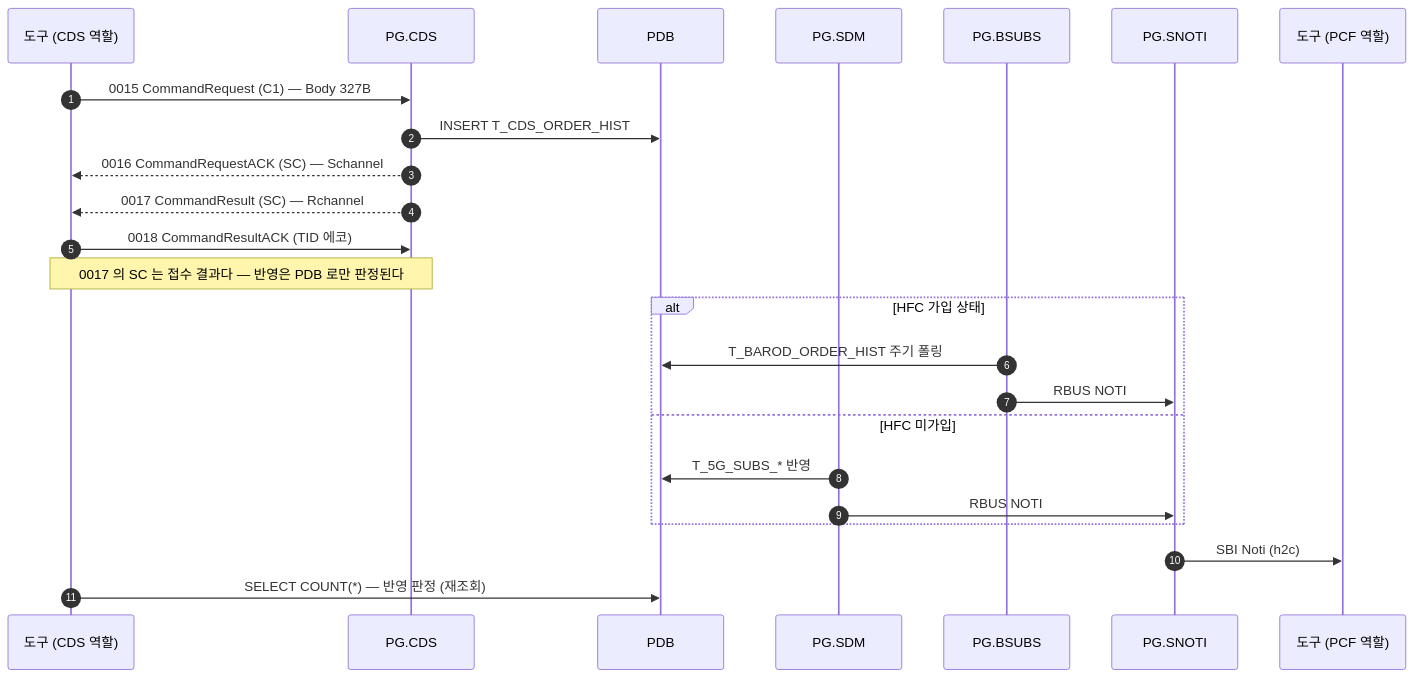
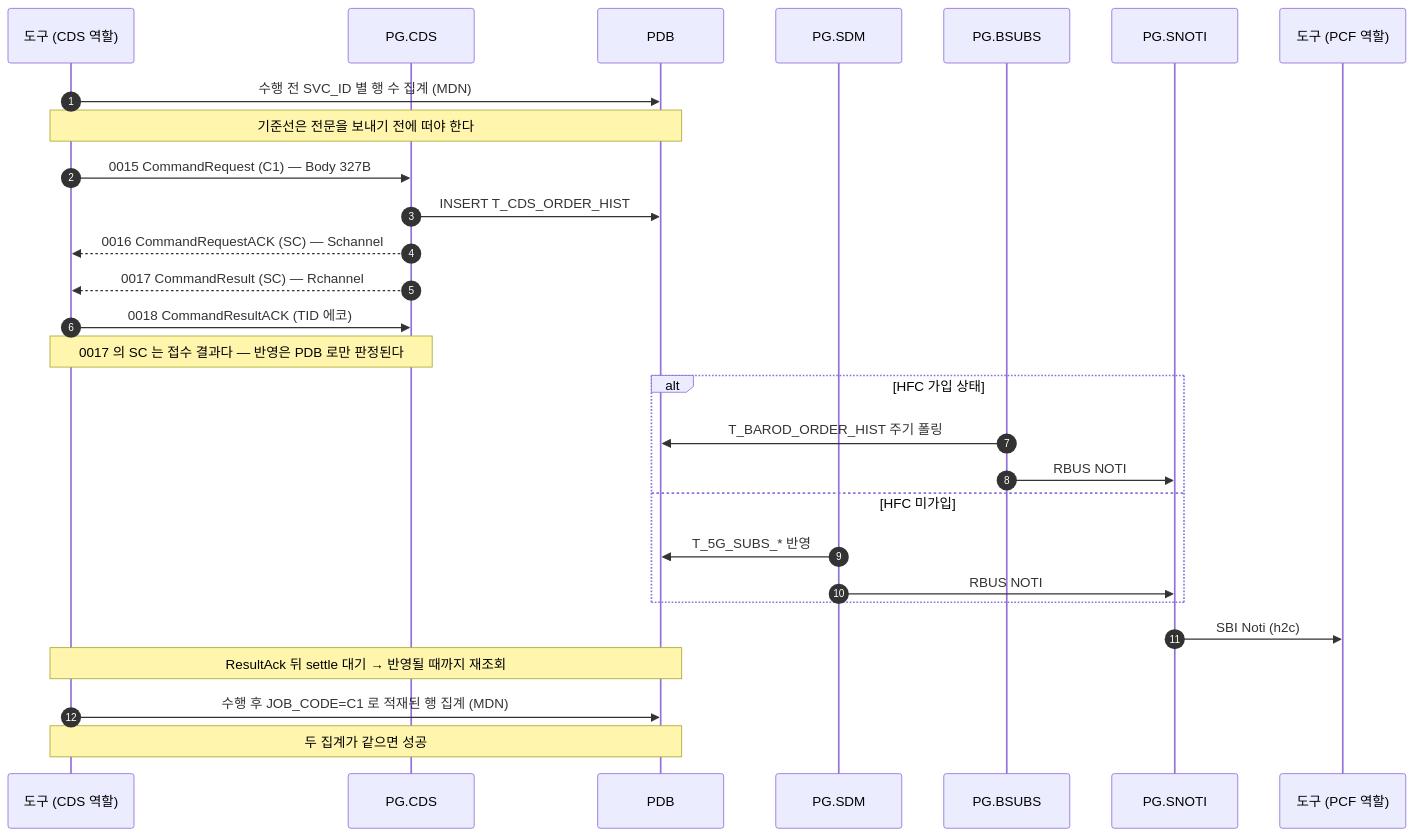
The diagram in docs/callflow/CDS_C1.md (IanKim2030/tc4robot), drawn with Mermaid before and after one commit. The commit also changed 18 other files, not shown here.

First line of the commit message:
docs: 콜플로우의 PDB 판정을 코드별 실제 조회로 바꾼다

````diff
--- a/docs/callflow/CDS_C1.md
+++ b/docs/callflow/CDS_C1.md
@@ -17,28 +17,32 @@
 ```mermaid
 sequenceDiagram
     autonumber
     participant TOOL as 도구 (CDS 역할)
     participant PCDS as PG.CDS
     participant PDB as PDB
     participant SDM as PG.SDM
     participant BSUBS as PG.BSUBS
     participant SNOTI as PG.SNOTI
     participant PCF as 도구 (PCF 역할)
 
+    TOOL->>PDB: 수행 전 SVC_ID 별 행 수 집계 (MDN)
+    Note over TOOL,PDB: 기준선은 전문을 보내기 전에 떠야 한다
     TOOL->>PCDS: 0015 CommandRequest (C1) — Body 327B
     PCDS->>PDB: INSERT T_CDS_ORDER_HIST
     PCDS-->>TOOL: 0016 CommandRequestACK (SC) — Schannel
     PCDS-->>TOOL: 0017 CommandResult (SC) — Rchannel
     TOOL->>PCDS: 0018 CommandResultACK (TID 에코)
     Note over TOOL,PCDS: 0017 의 SC 는 접수 결과다 — 반영은 PDB 로만 판정된다
 
     alt HFC 가입 상태
         BSUBS->>PDB: T_BAROD_ORDER_HIST 주기 폴링
         BSUBS->>SNOTI: RBUS NOTI
     else HFC 미가입
         SDM->>PDB: T_5G_SUBS_* 반영
         SDM->>SNOTI: RBUS NOTI
     end
     SNOTI->>PCF: SBI Noti (h2c)
-    TOOL->>PDB: SELECT COUNT(*) — 반영 판정 (재조회)
+    Note over TOOL,PDB: ResultAck 뒤 settle 대기 → 반영될 때까지 재조회
+    TOOL->>PDB: 수행 후 JOB_CODE=C1 로 적재된 행 집계 (MDN)
+    Note over TOOL,PDB: 두 집계가 같으면 성공
 ```
````
